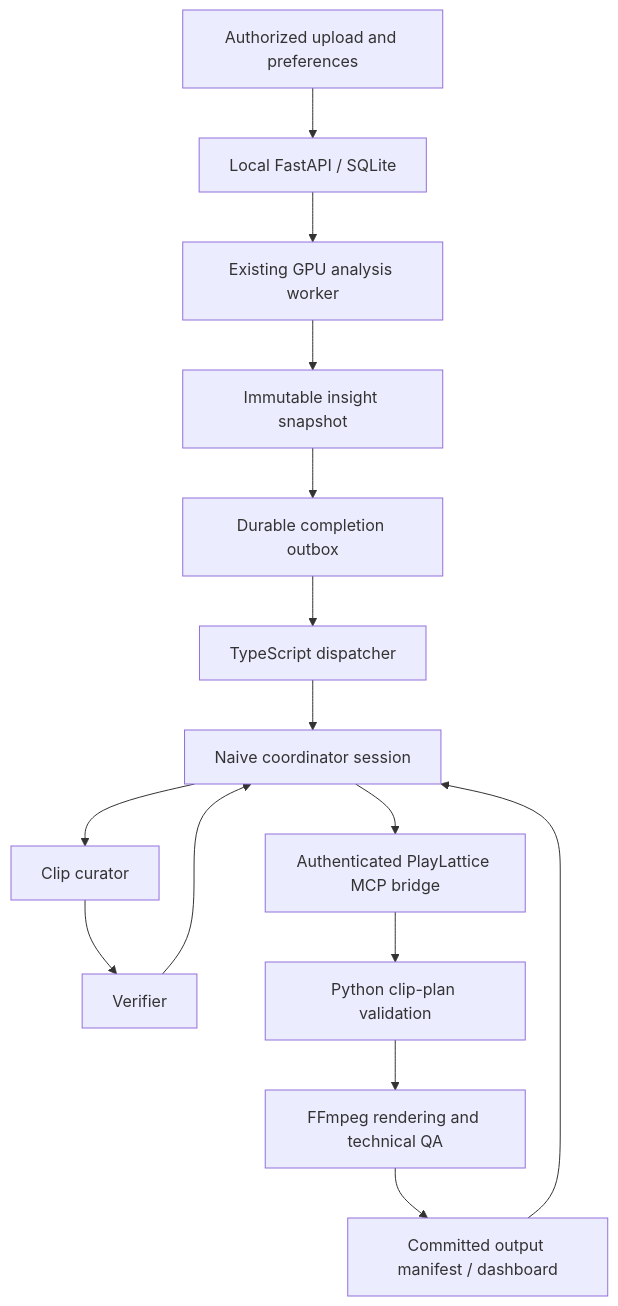
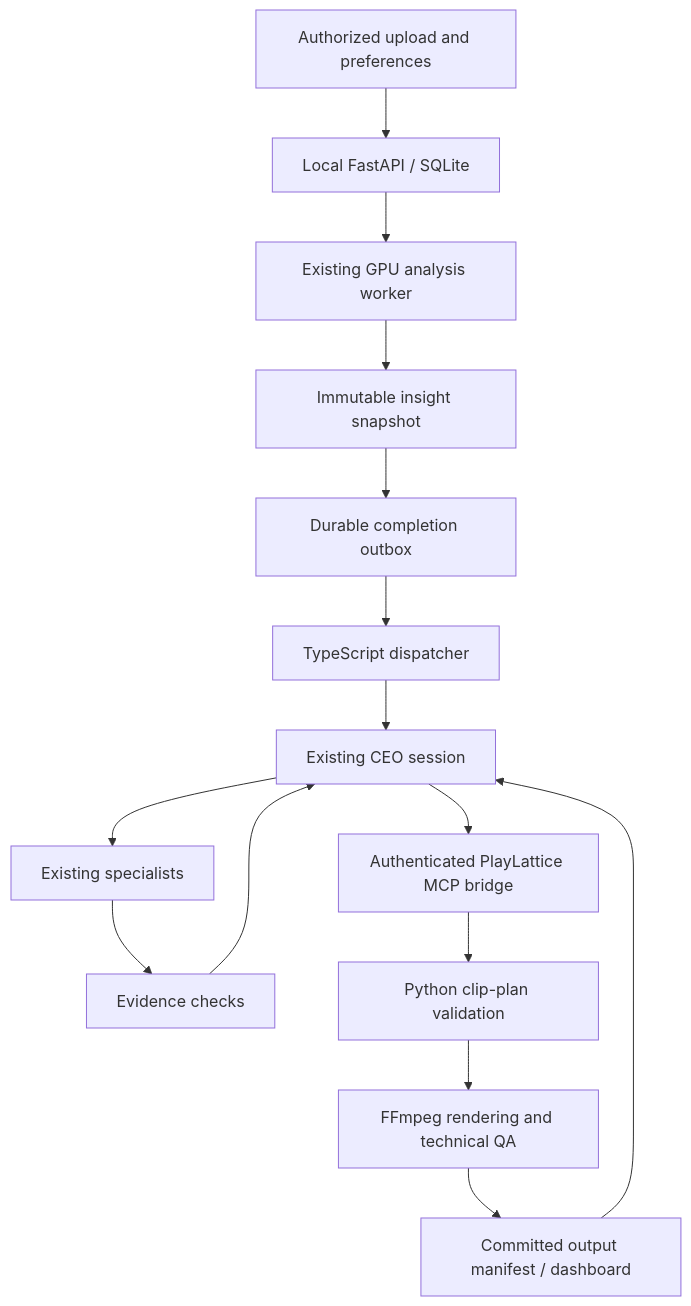
The diagram in docs/NAIVE_INTEGRATION_PLAN.md (dotimothy/yc-naive-hackathon), drawn with Mermaid before and after one commit. The commit also changed other lines of this file and 12 other files, not shown here.

Commit message:
Connect existing Naive crew to completed local analyses

````diff
--- a/docs/NAIVE_INTEGRATION_PLAN.md
+++ b/docs/NAIVE_INTEGRATION_PLAN.md
@@ -47,17 +60,17 @@
 ```mermaid
 flowchart TD
     U[Authorized upload and preferences] --> API[Local FastAPI / SQLite]
     API --> CV[Existing GPU analysis worker]
     CV --> S[Immutable insight snapshot]
     S --> O[Durable completion outbox]
     O --> D[TypeScript dispatcher]
-    D --> C[Naive coordinator session]
-    C --> P[Clip curator]
-    P --> V[Verifier]
+    D --> C[Existing CEO session]
+    C --> P[Existing specialists]
+    P --> V[Evidence checks]
     V --> C
     C --> MCP[Authenticated PlayLattice MCP bridge]
     MCP --> VALID[Python clip-plan validation]
     VALID --> R[FFmpeg rendering and technical QA]
     R --> RESULT[Committed output manifest / dashboard]
     RESULT --> C
 ```
````
